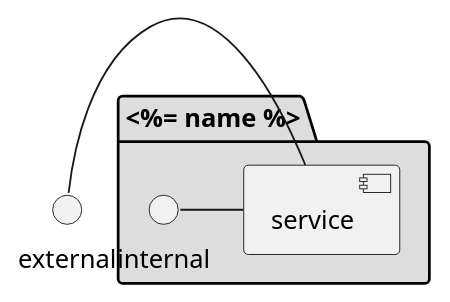
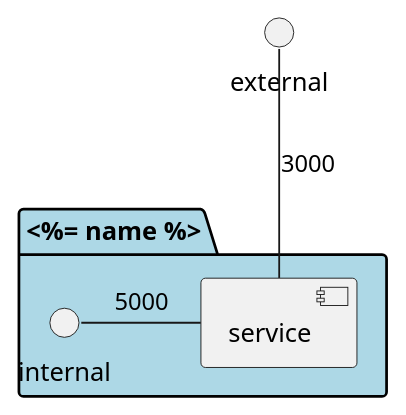
Before and after one commit to madajaju/bouquet: the diagram in sails-generate-bouquet-uservice/templates/docs/Physical.puml, drawn with PlantUML. The commit also changed 36 other files, not shown here.

```diff
--- a/sails-generate-bouquet-uservice/templates/docs/Physical.puml
+++ b/sails-generate-bouquet-uservice/templates/docs/Physical.puml
@@ -1,11 +1,11 @@
 @startuml
 
 interface external
 
-package "<%= name %>" #dddddd {
+package "<%= name %>" #lightblue {
     component service
     interface internal
 }
-external - service
-internal - service
+external -- service : 3000
+internal - service : 5000
 @enduml
```
